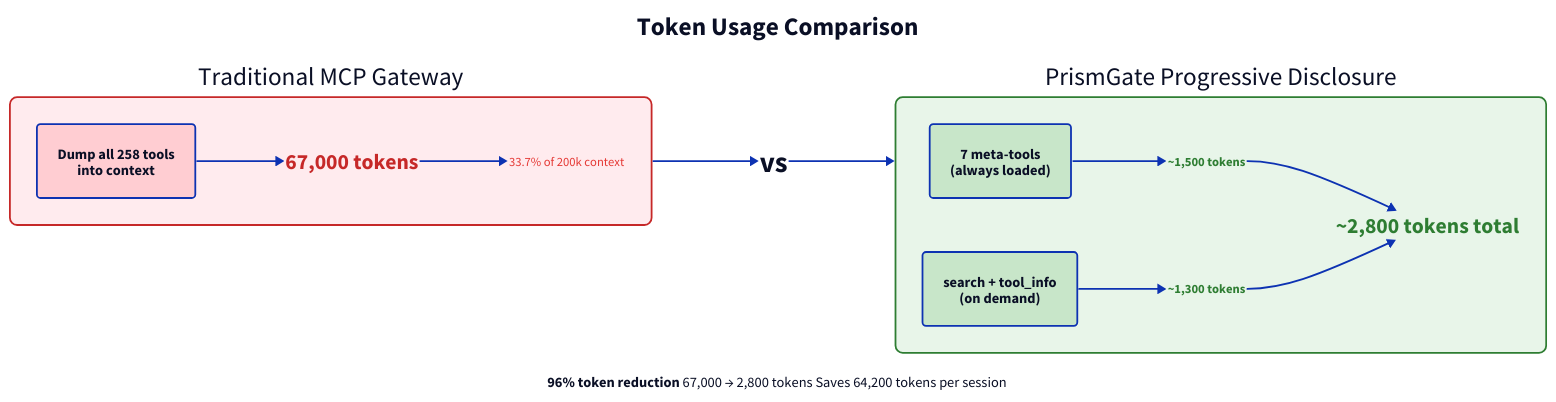
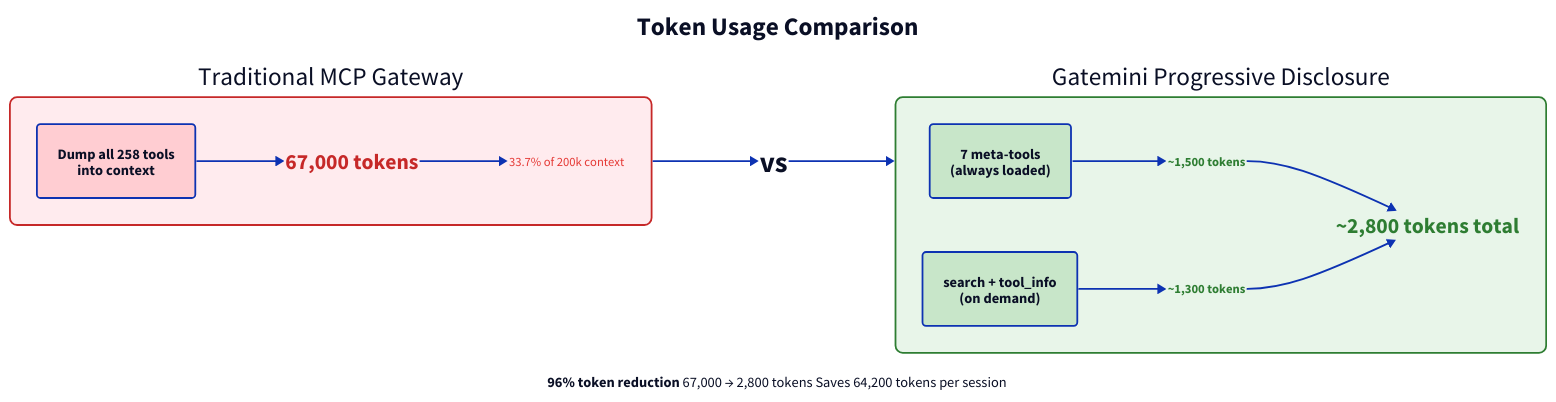
One commit to jonwraymond/PrismGate changed the diagram in docs/diagrams/token-comparison.d2. Above: the diagram before and after it, drawn with D2. The commit also changed 23 other files, not shown here.

```diff
--- a/docs/diagrams/token-comparison.d2
+++ b/docs/diagrams/token-comparison.d2
@@ -1,100 +1,100 @@
 direction: right
 
 title: Token Usage Comparison {
   shape: text
   near: top-center
   style.font-size: 28
   style.bold: true
 }
 
 # Traditional approach
 traditional: Traditional MCP Gateway {
   style.fill: "#FFEBEE"
   style.border-radius: 8
   style.stroke: "#C62828"
 
   dump: "Dump all 258 tools\ninto context" {
     style.fill: "#FFCDD2"
     style.border-radius: 4
   }
 
   cost_t: "67,000 tokens" {
     shape: text
     style.font-size: 24
     style.font-color: "#C62828"
     style.bold: true
   }
 
   pct: "33.7% of 200k context" {
     shape: text
     style.font-size: 14
     style.font-color: "#E53935"
   }
 
   dump -> cost_t
   cost_t -> pct
 }
 
 vs: "vs" {
   shape: text
   style.font-size: 32
   style.bold: true
 }
 
-# PrismGate approach
-prismgate: PrismGate Progressive Disclosure {
+# Gatemini approach
+gatemini: Gatemini Progressive Disclosure {
   style.fill: "#E8F5E9"
   style.border-radius: 8
   style.stroke: "#2E7D32"
 
   step1: "7 meta-tools\n(always loaded)" {
     style.fill: "#C8E6C9"
     style.border-radius: 4
   }
 
   cost1: "~1,500 tokens" {
     shape: text
     style.font-size: 14
     style.font-color: "#2E7D32"
     style.bold: true
   }
 
   step2: "search + tool_info\n(on demand)" {
     style.fill: "#C8E6C9"
     style.border-radius: 4
   }
 
   cost2: "~1,300 tokens" {
     shape: text
     style.font-size: 14
     style.font-color: "#2E7D32"
     style.bold: true
   }
 
   total: "~2,800 tokens total" {
     shape: text
     style.font-size: 24
     style.font-color: "#2E7D32"
     style.bold: true
   }
 
   step1 -> cost1
   step2 -> cost2
   cost1 -> total
   cost2 -> total
 }
 
 # Savings
 savings: |md
   **96% token reduction**
   67,000 → 2,800 tokens
   Saves 64,200 tokens per session
 | {
   near: bottom-center
   style.font-size: 16
   style.bold: true
 }
 
 # Flow
 traditional -> vs
-vs -> prismgate
+vs -> gatemini
```
